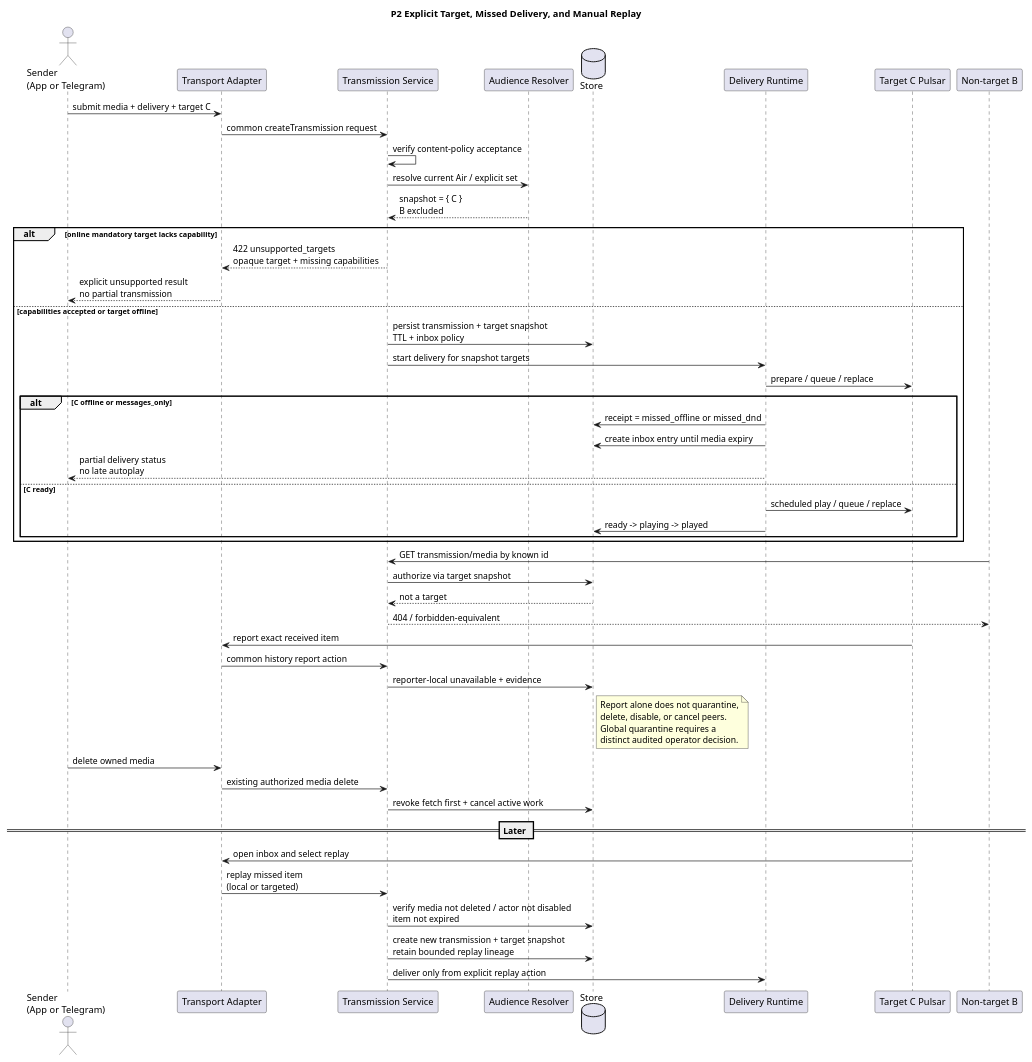
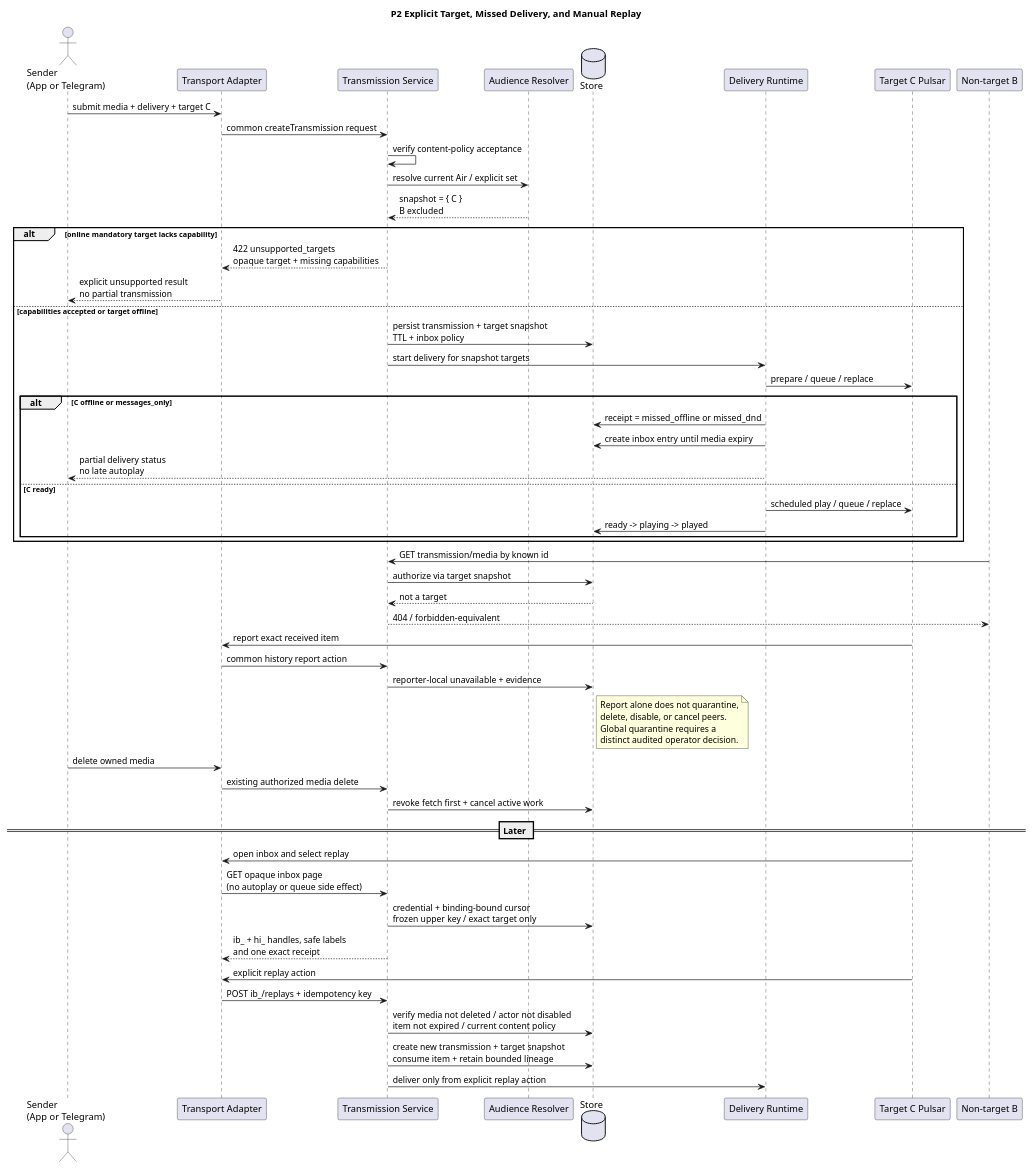
The diagram in docs/diagrams/p2-targets-inbox-parity-sequence.puml (relux-works/barycenter), drawn with PlantUML before and after one commit. The commit also changed 13 other files, not shown here.

```diff
--- a/docs/diagrams/p2-targets-inbox-parity-sequence.puml
+++ b/docs/diagrams/p2-targets-inbox-parity-sequence.puml
@@ -1,67 +1,71 @@
 @startuml
 title P2 Explicit Target, Missed Delivery, and Manual Replay
 
 skinparam backgroundColor white
 skinparam shadowing false
 skinparam defaultTextAlignment left
 
 actor "Sender\n(App or Telegram)" as sender
 participant "Transport Adapter" as adapter
 participant "Transmission Service" as txsvc
 participant "Audience Resolver" as resolver
 database "Store" as db
 participant "Delivery Runtime" as runtime
 participant "Target C Pulsar" as c
 participant "Non-target B" as b
 
 sender -> adapter : submit media + delivery + target C
 adapter -> txsvc : common createTransmission request
 txsvc -> txsvc : verify content-policy acceptance
 txsvc -> resolver : resolve current Air / explicit set
 resolver --> txsvc : snapshot = { C }\nB excluded
 alt online mandatory target lacks capability
   txsvc --> adapter : 422 unsupported_targets\nopaque target + missing capabilities
   adapter --> sender : explicit unsupported result\nno partial transmission
 else capabilities accepted or target offline
 txsvc -> db : persist transmission + target snapshot\nTTL + inbox policy
 txsvc -> runtime : start delivery for snapshot targets
 
 runtime -> c : prepare / queue / replace
 alt C offline or messages_only
   runtime -> db : receipt = missed_offline or missed_dnd
   runtime -> db : create inbox entry until media expiry
   runtime --> sender : partial delivery status\nno late autoplay
 else C ready
   runtime -> c : scheduled play / queue / replace
   runtime -> db : ready -> playing -> played
 end
 end
 
 b -> txsvc : GET transmission/media by known id
 txsvc -> db : authorize via target snapshot
 db --> txsvc : not a target
 txsvc --> b : 404 / forbidden-equivalent
 
 c -> adapter : report exact received item
 adapter -> txsvc : common history report action
 txsvc -> db : reporter-local unavailable + evidence
 note right of db
   Report alone does not quarantine,
   delete, disable, or cancel peers.
   Global quarantine requires a
   distinct audited operator decision.
 end note
 
 sender -> adapter : delete owned media
 adapter -> txsvc : existing authorized media delete
 txsvc -> db : revoke fetch first + cancel active work
 
 == Later ==
 
 c -> adapter : open inbox and select replay
-adapter -> txsvc : replay missed item\n(local or targeted)
-txsvc -> db : verify media not deleted / actor not disabled\nitem not expired
-txsvc -> db : create new transmission + target snapshot\nretain bounded replay lineage
+adapter -> txsvc : GET opaque inbox page\n(no autoplay or queue side effect)
+txsvc -> db : credential + binding-bound cursor\nfrozen upper key / exact target only
+txsvc --> adapter : ib_ + hi_ handles, safe labels\nand one exact receipt
+c -> adapter : explicit replay action
+adapter -> txsvc : POST ib_/replays + idempotency key
+txsvc -> db : verify media not deleted / actor not disabled\nitem not expired / current content policy
+txsvc -> db : create new transmission + target snapshot\nconsume item + retain bounded lineage
 txsvc -> runtime : deliver only from explicit replay action
 
 @enduml
```
